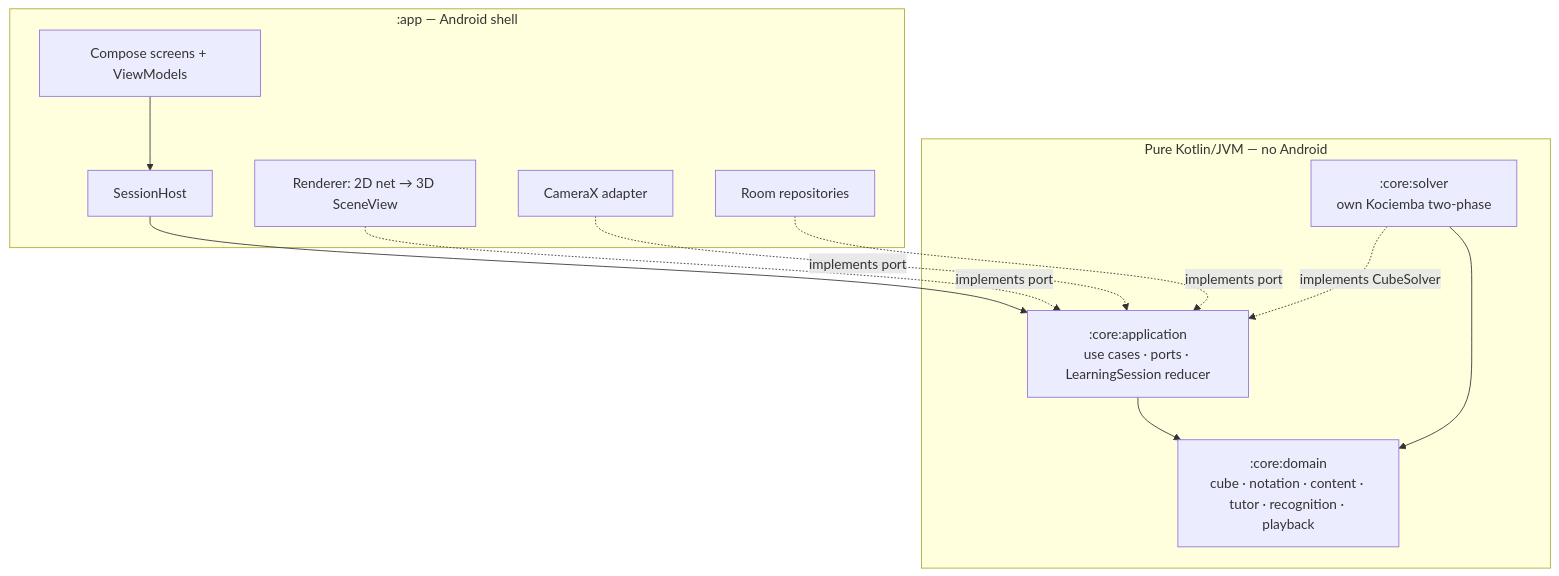
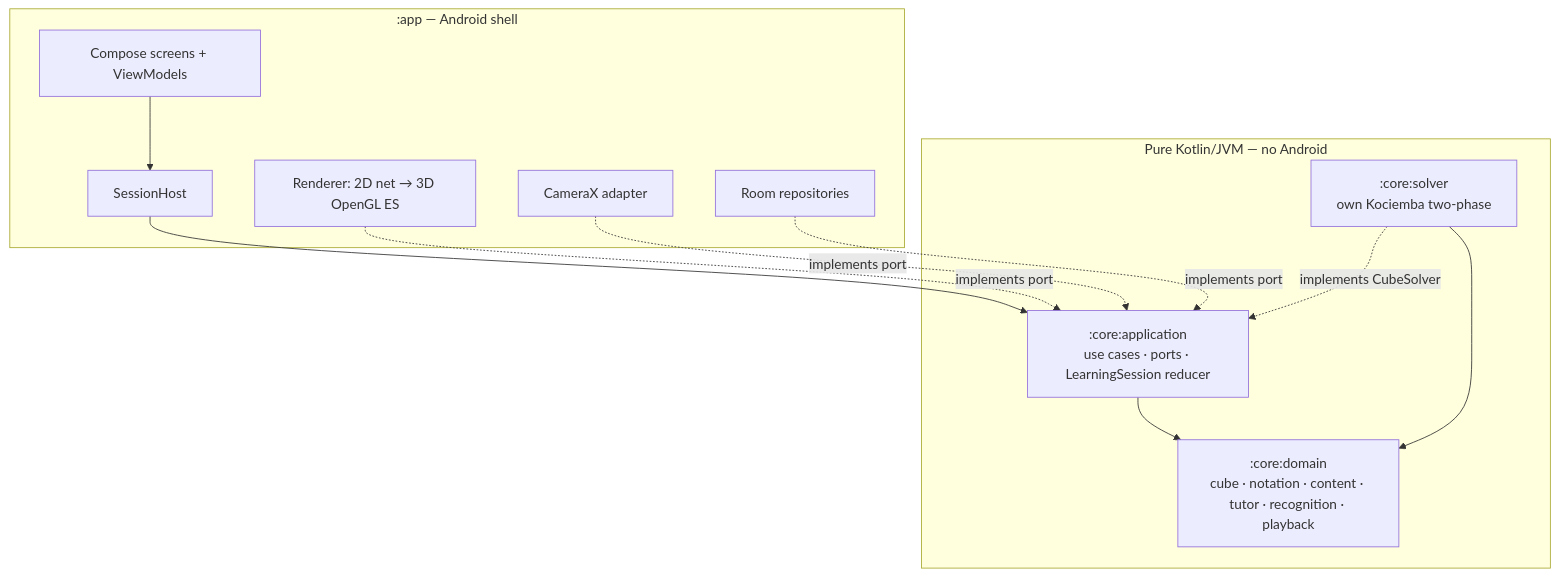
The first of 5 diagrams in docs/ARCHITECTURE.md (hebelmx/RubikXplorer), drawn with Mermaid before and after one commit. The commit also changed other lines of this file and 4 other files, not shown here.

First line of the commit message:
docs(architecture): step done predicates and step-scoped Test me (AD-5, AD-6)

````diff
--- a/docs/ARCHITECTURE.md
+++ b/docs/ARCHITECTURE.md
@@ -26,22 +26,22 @@
 ```mermaid
 graph TD
   subgraph Shell [":app — Android shell"]
     UI[Compose screens + ViewModels]
     Host[SessionHost]
-    R[Renderer: 2D net → 3D SceneView]
+    R[Renderer: 2D net → 3D OpenGL ES]
     Cam[CameraX adapter]
     DB[Room repositories]
   end
   subgraph Core ["Pure Kotlin/JVM — no Android"]
     App[":core:application<br/>use cases · ports · LearningSession reducer"]
     Solver[":core:solver<br/>own Kociemba two-phase"]
     Dom[":core:domain<br/>cube · notation · content · tutor · recognition · playback"]
   end
   UI --> Host --> App
   R -.implements port.-> App
   Cam -.implements port.-> App
   DB -.implements port.-> App
   Solver -.implements CubeSolver.-> App
   App --> Dom
   Solver --> Dom
 ```
````
